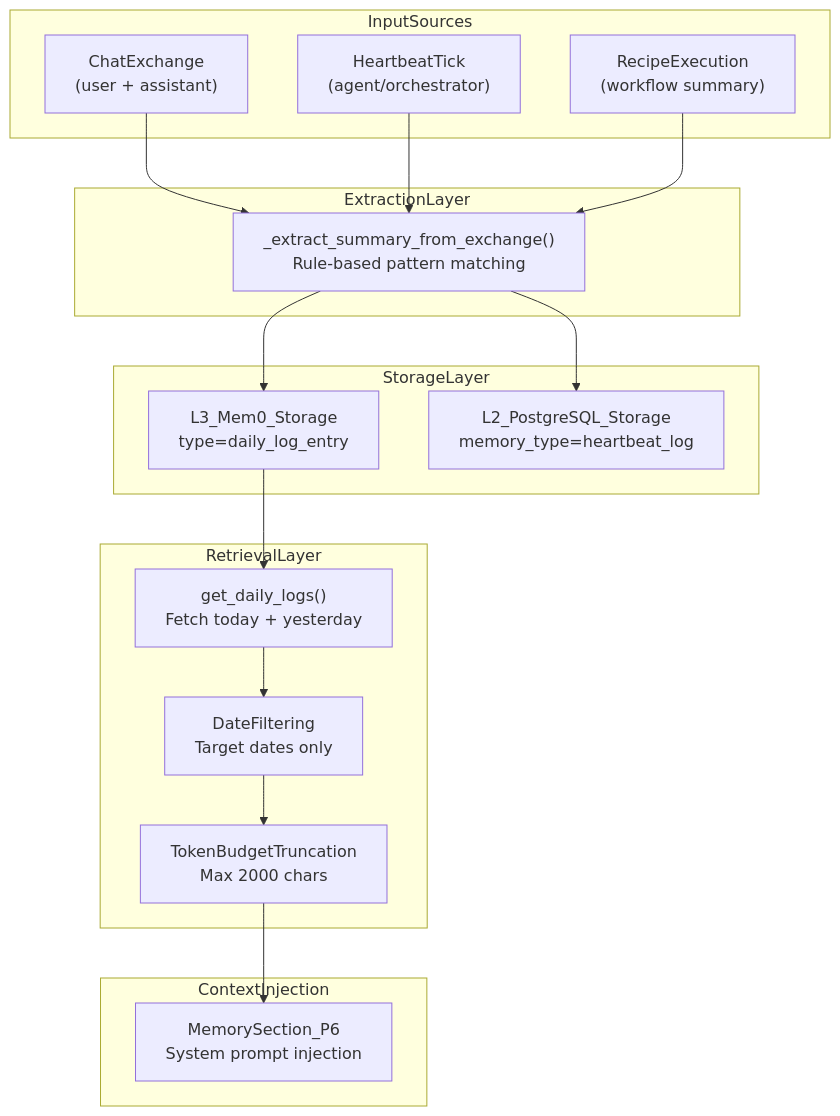
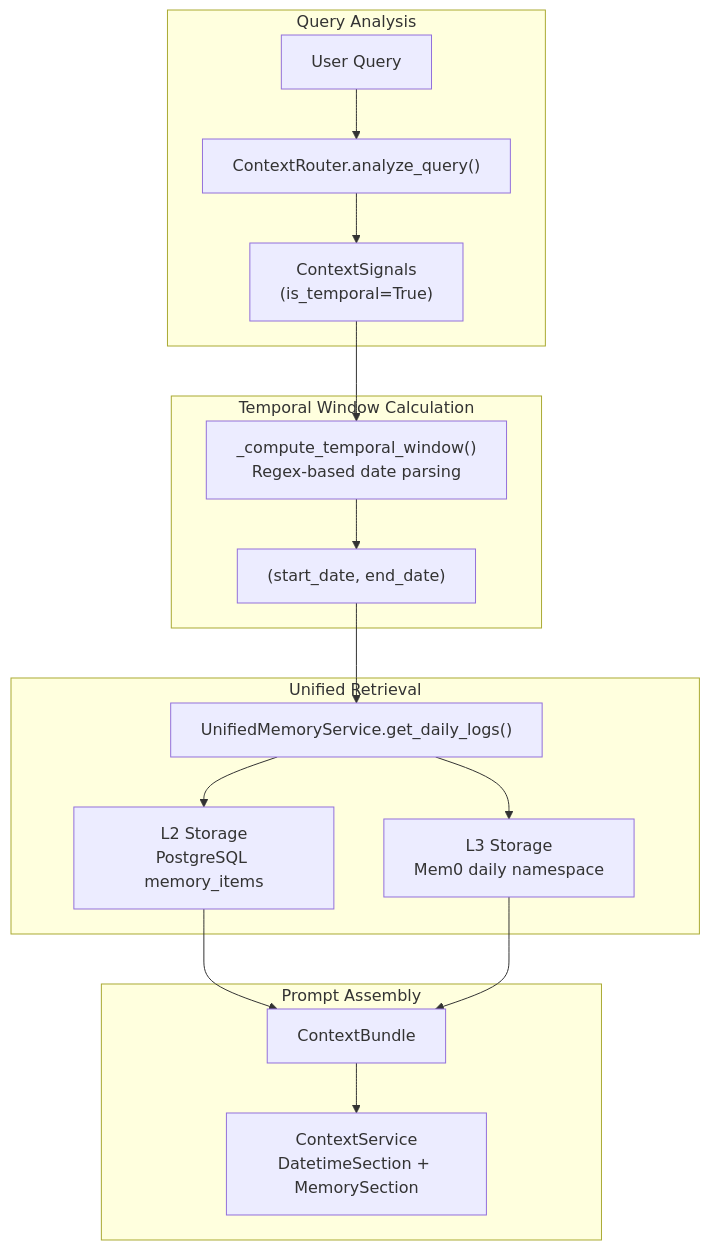
The first of 2 diagrams in docs/memory-system/daily-logs-temporal-memory.md (AutomatosAI/automatos-ai), drawn with Mermaid before and after one commit. The commit also changed other lines of this file and 153 other files, not shown here.

````diff
--- a/docs/memory-system/daily-logs-temporal-memory.md
+++ b/docs/memory-system/daily-logs-temporal-memory.md
@@ -57,40 +36,24 @@
 ```mermaid
-graph TB
-    subgraph "InputSources"
-        ChatExchange["ChatExchange<br/>(user + assistant)"]
-        HeartbeatTick["HeartbeatTick<br/>(agent/orchestrator)"]
-        RecipeExec["RecipeExecution<br/>(workflow summary)"]
+graph TD
+    subgraph "Query Analysis"
+        UserQuery["User Query"] --> CR["ContextRouter.analyze_query()"]
+        CR --> Signals["ContextSignals<br/>(is_temporal=True)"]
     end
     
-    subgraph "ExtractionLayer"
-        RuleExtract["_extract_summary_from_exchange()<br/>Rule-based pattern matching"]
-        
-        ChatExchange --> RuleExtract
-        HeartbeatTick --> RuleExtract
-        RecipeExec --> RuleExtract
+    subgraph "Temporal Window Calculation"
+        Signals --> TW["_compute_temporal_window()<br/>Regex-based date parsing"]
+        TW --> Range["(start_date, end_date)"]
     end
     
-    subgraph "StorageLayer"
-        L3["L3_Mem0_Storage<br/>type=daily_log_entry"]
-        L2["L2_PostgreSQL_Storage<br/>memory_type=heartbeat_log"]
-        
-        RuleExtract --> L3
-        RuleExtract --> L2
+    subgraph "Unified Retrieval"
+        Range --> UMS["UnifiedMemoryService.get_daily_logs()"]
+        UMS --> L2["L2 Storage<br/>PostgreSQL memory_items"]
+        UMS --> L3["L3 Storage<br/>Mem0 daily namespace"]
     end
     
-    subgraph "RetrievalLayer"
-        GetDaily["get_daily_logs()<br/>Fetch today + yesterday"]
-        Filter["DateFiltering<br/>Target dates only"]
-        Truncate["TokenBudgetTruncation<br/>Max 2000 chars"]
-        
-        L3 --> GetDaily
-        GetDaily --> Filter
-        Filter --> Truncate
-    end
-    
-    subgraph "ContextInjection"
-        MemSection["MemorySection_P6<br/>System prompt injection"]
-        
-        Truncate --> MemSection
+    subgraph "Prompt Assembly"
+        L2 --> Bundle["ContextBundle"]
+        L3 --> Bundle
+        Bundle --> Context["ContextService<br/>DatetimeSection + MemorySection"]
     end
 ```
````
